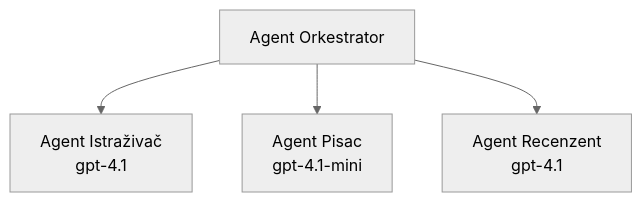
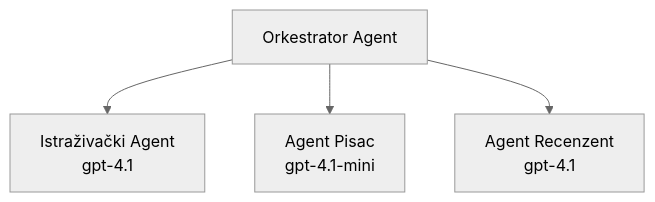
The third of 3 diagrams in translations/hr/docs/chapter-02-ai-development/agents.md (microsoft/AZD-for-beginners), drawn with Mermaid (neutral theme) before and after one commit. The commit also changed other lines of this file and 101 other files, not shown here.

````diff
--- a/translations/hr/docs/chapter-02-ai-development/agents.md
+++ b/translations/hr/docs/chapter-02-ai-development/agents.md
@@ -189,6 +194,6 @@
 ```mermaid
 graph TD
-    Orchestrator[Agent Orkestrator] --> Research[Agent Istraživač<br/>gpt-4.1]
+    Orchestrator[Orkestrator Agent] --> Research[Istraživački Agent<br/>gpt-4.1]
     Orchestrator --> Writer[Agent Pisac<br/>gpt-4.1-mini]
     Orchestrator --> Reviewer[Agent Recenzent<br/>gpt-4.1]
 ```
````
